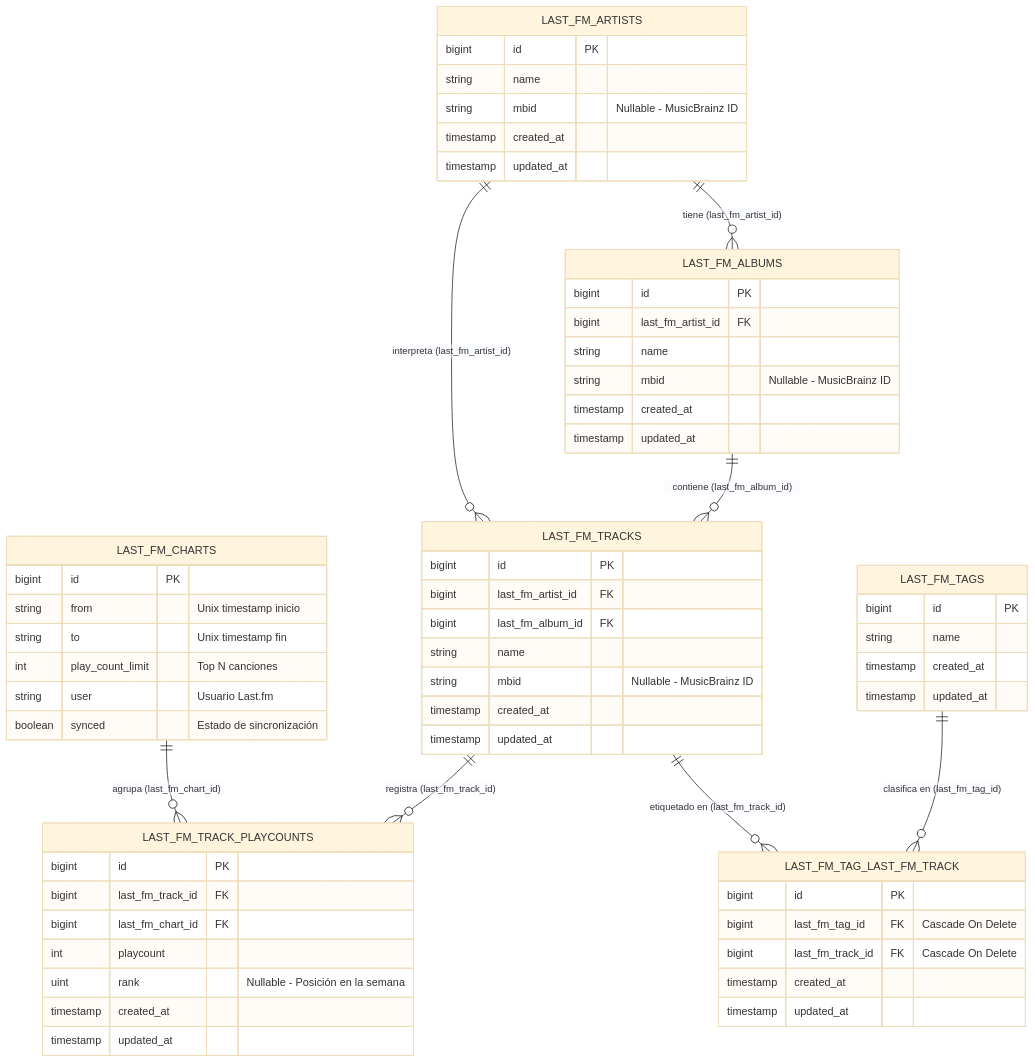
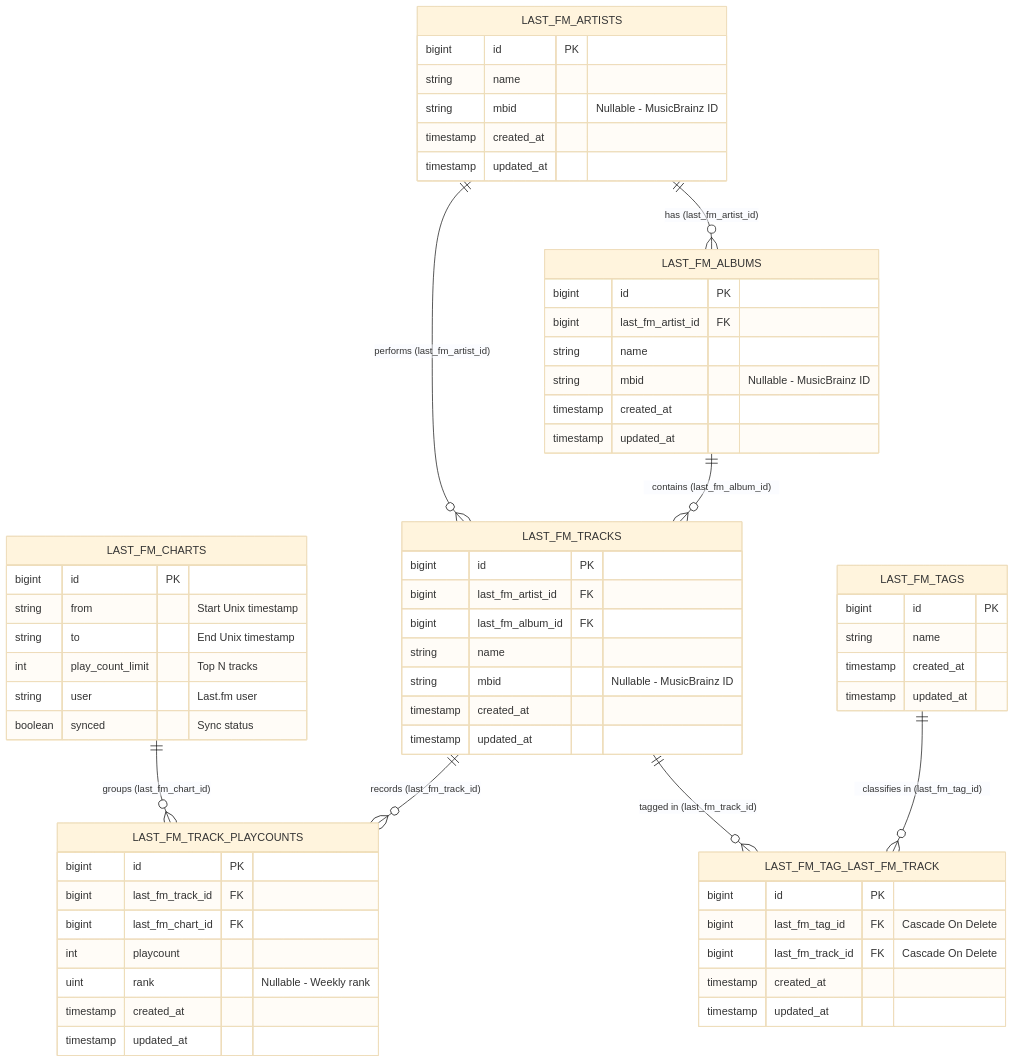
Before and after one commit to dfelipegaitanh/lastfm_v3: the second of 4 diagrams in README.md, drawn with Mermaid (base theme). The commit also changed other lines of this file, not shown here.

````diff
--- a/README.md
+++ b/README.md
@@ -156,71 +156,71 @@
 ```mermaid
 erDiagram
-    LAST_FM_ARTISTS ||--o{ LAST_FM_ALBUMS : "tiene (last_fm_artist_id)"
-    LAST_FM_ARTISTS ||--o{ LAST_FM_TRACKS : "interpreta (last_fm_artist_id)"
-    LAST_FM_ALBUMS ||--o{ LAST_FM_TRACKS : "contiene (last_fm_album_id)"
-    LAST_FM_CHARTS ||--o{ LAST_FM_TRACK_PLAYCOUNTS : "agrupa (last_fm_chart_id)"
-    LAST_FM_TRACKS ||--o{ LAST_FM_TRACK_PLAYCOUNTS : "registra (last_fm_track_id)"
-    LAST_FM_TRACKS ||--o{ LAST_FM_TAG_LAST_FM_TRACK : "etiquetado en (last_fm_track_id)"
-    LAST_FM_TAGS ||--o{ LAST_FM_TAG_LAST_FM_TRACK : "clasifica en (last_fm_tag_id)"
+    LAST_FM_ARTISTS ||--o{ LAST_FM_ALBUMS : "has (last_fm_artist_id)"
+    LAST_FM_ARTISTS ||--o{ LAST_FM_TRACKS : "performs (last_fm_artist_id)"
+    LAST_FM_ALBUMS ||--o{ LAST_FM_TRACKS : "contains (last_fm_album_id)"
+    LAST_FM_CHARTS ||--o{ LAST_FM_TRACK_PLAYCOUNTS : "groups (last_fm_chart_id)"
+    LAST_FM_TRACKS ||--o{ LAST_FM_TRACK_PLAYCOUNTS : "records (last_fm_track_id)"
+    LAST_FM_TRACKS ||--o{ LAST_FM_TAG_LAST_FM_TRACK : "tagged in (last_fm_track_id)"
+    LAST_FM_TAGS ||--o{ LAST_FM_TAG_LAST_FM_TRACK : "classifies in (last_fm_tag_id)"
 
     LAST_FM_CHARTS {
         bigint id PK
-        string from "Unix timestamp inicio"
-        string to "Unix timestamp fin"
-        int play_count_limit "Top N canciones"
-        string user "Usuario Last.fm"
-        boolean synced "Estado de sincronización"
+        string from "Start Unix timestamp"
+        string to "End Unix timestamp"
+        int play_count_limit "Top N tracks"
+        string user "Last.fm user"
+        boolean synced "Sync status"
     }
 
     LAST_FM_ARTISTS {
         bigint id PK
         string name
         string mbid "Nullable - MusicBrainz ID"
         timestamp created_at
         timestamp updated_at
     }
 
     LAST_FM_ALBUMS {
         bigint id PK
         bigint last_fm_artist_id FK
         string name
         string mbid "Nullable - MusicBrainz ID"
         timestamp created_at
         timestamp updated_at
     }
 
     LAST_FM_TRACKS {
         bigint id PK
         bigint last_fm_artist_id FK
         bigint last_fm_album_id FK
         string name
         string mbid "Nullable - MusicBrainz ID"
         timestamp created_at
         timestamp updated_at
     }
 
     LAST_FM_TRACK_PLAYCOUNTS {
         bigint id PK
         bigint last_fm_track_id FK
         bigint last_fm_chart_id FK
         int playcount
-        uint rank "Nullable - Posición en la semana"
+        uint rank "Nullable - Weekly rank"
         timestamp created_at
         timestamp updated_at
     }
 
     LAST_FM_TAGS {
         bigint id PK
         string name
         timestamp created_at
         timestamp updated_at
     }
 
     LAST_FM_TAG_LAST_FM_TRACK {
         bigint id PK
         bigint last_fm_tag_id FK "Cascade On Delete"
         bigint last_fm_track_id FK "Cascade On Delete"
         timestamp created_at
         timestamp updated_at
     }
 ```
````
